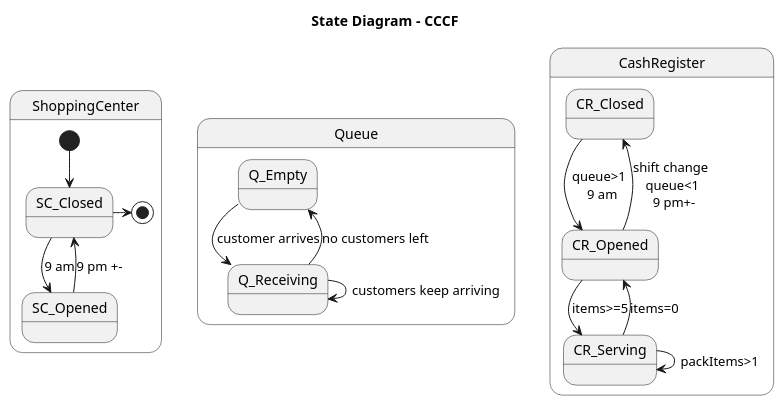
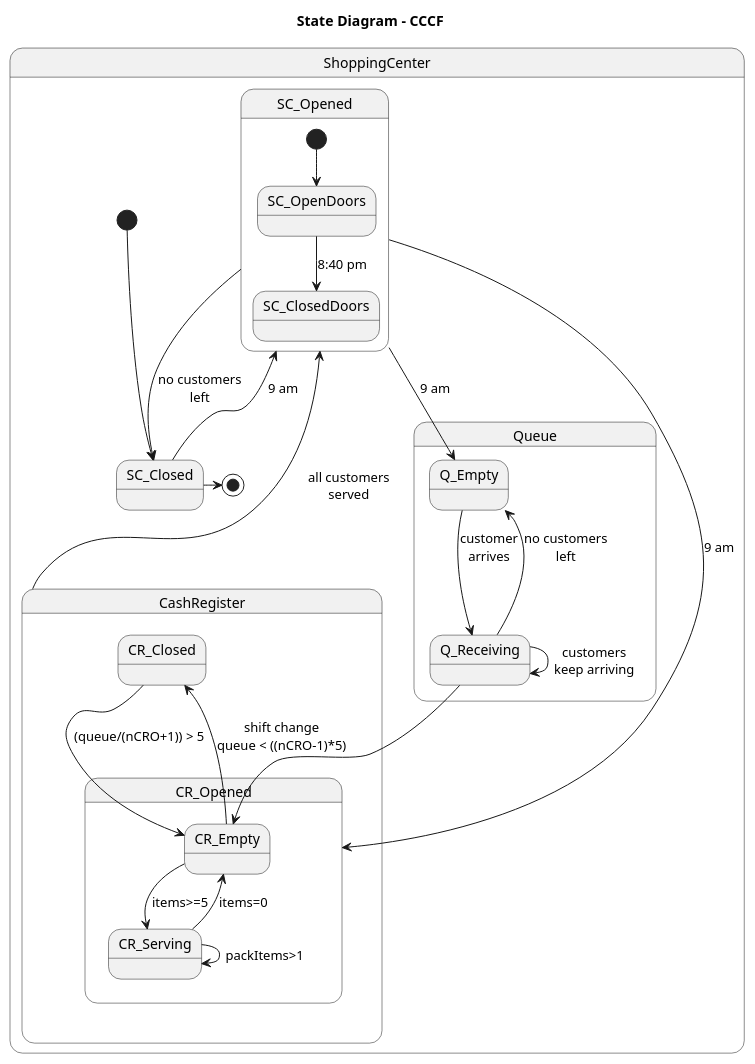
One commit to mmasias/23-24-IdSw2-SDD changed the diagram in modelosUML/diagramaEstados.puml. Above: the diagram before and after it, drawn with PlantUML.

Commit message:
diagrama de estados

```diff
--- a/modelosUML/diagramaEstados.puml
+++ b/modelosUML/diagramaEstados.puml
@@ -1,23 +1,37 @@
 @startuml
 title State Diagram - CCCF
 state ShoppingCenter {
 [*] --> SC_Closed
 SC_Closed -right-> [*]
     SC_Closed --> SC_Opened : 9 am
-    SC_Opened --> SC_Closed : 9 pm +-
+    state SC_Opened {
+    [*] --> SC_OpenDoors
+    SC_OpenDoors --> SC_ClosedDoors: 8:40 pm
+    SC_Opened --> SC_Closed : no customers\nleft
+    }
+
+
+state Queue {
+    Q_Empty --> Q_Receiving: customer\narrives
+    Q_Receiving --> Q_Empty: no customers\nleft
+    Q_Receiving --> Q_Receiving: customers\nkeep arriving
+    SC_Opened --> Q_Empty: 9 am
 }
 
-state Queue {
-    Q_Empty --> Q_Receiving: customer arrives
-    Q_Receiving --> Q_Empty: no customers left
-    Q_Receiving --> Q_Receiving: customers keep arriving
-}
+CashRegister -left-> SC_Opened: all customers\nserved
 
 state CashRegister {
-    CR_Closed --> CR_Opened: queue>1 \n 9 am
-    CR_Opened --> CR_Closed: shift change \n queue<1 \n 9 pm+-
-    CR_Opened --> CR_Serving: items>=5
-    CR_Serving --> CR_Opened: items=0
+    state CR_Closed
+    state CR_Opened{
+    CR_Closed --> CR_Empty: (queue/(nCRO+1)) > 5
+    CR_Empty --> CR_Closed: shift change\nqueue < ((nCRO-1)*5)
+    CR_Empty --> CR_Serving: items>=5
+    CR_Serving --> CR_Empty: items=0
     CR_Serving --> CR_Serving: packItems>1
+    }
+}
+Q_Receiving --> CR_Empty
+SC_Opened --> CR_Opened: 9 am
+
 }
 @enduml
```
